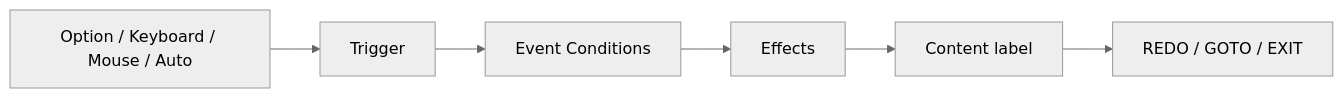
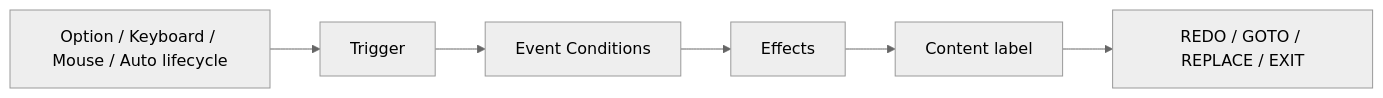
One commit to ToNyA-369/renpy-scene-node-editor changed the diagram in README.en.md. Above: the diagram before and after it, drawn with Mermaid (neutral theme). The commit also changed other lines of this file and 27 other files, not shown here.

First line of the commit message:
Add REPLACE flow and refine editor runtime boundaries (#3)

````diff
--- a/README.en.md
+++ b/README.en.md
@@ -41,8 +41,8 @@
 ```mermaid
 flowchart LR
-    A["Option / Keyboard / Mouse / Auto"] --> B["Trigger"]
+    A["Option / Keyboard / Mouse / Auto lifecycle"] --> B["Trigger"]
     B --> C["Event Conditions"]
     C --> D["Effects"]
     D --> E["Content label"]
-    E --> F["REDO / GOTO / EXIT"]
+    E --> F["REDO / GOTO / REPLACE / EXIT"]
 ```
````
